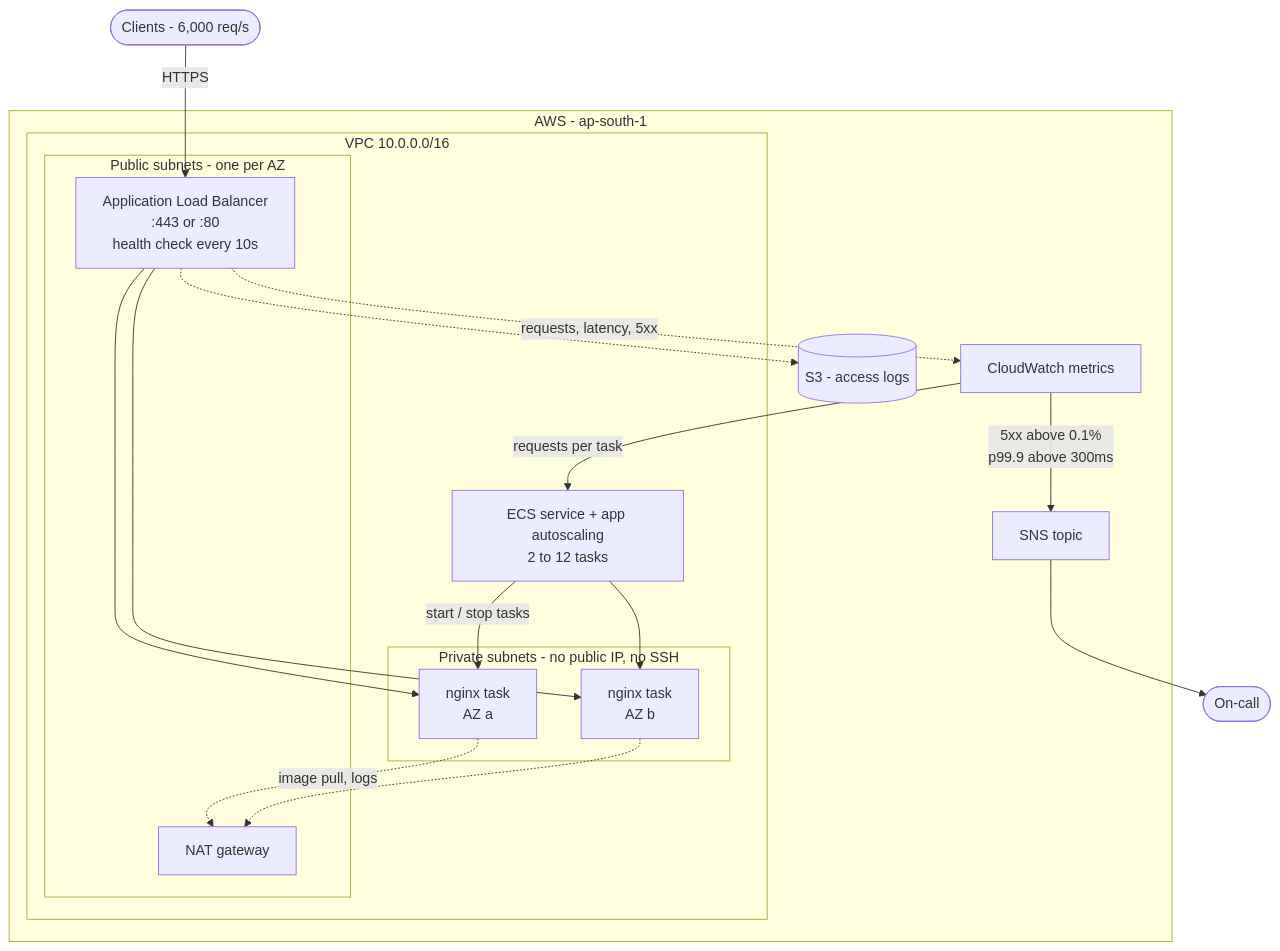
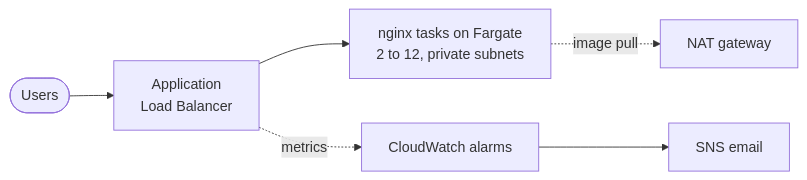
The diagram in README.md (tg-arun/classroom-attendance-infra), drawn with Mermaid before and after one commit. The commit also changed other lines of this file and 49 other files, not shown here.

````diff
--- a/README.md
+++ b/README.md
@@ -13,35 +11,7 @@
 ```mermaid
-flowchart TB
-    client(["Clients - 6,000 req/s"])
-    oncall(["On-call"])
-
-    subgraph aws["AWS - ap-south-1"]
-        subgraph vpc["VPC 10.0.0.0/16"]
-            subgraph public["Public subnets - one per AZ"]
-                alb["Application Load Balancer<br/>:443 or :80<br/>health check every 10s"]
-                nat["NAT gateway"]
-            end
-            subgraph private["Private subnets - no public IP, no SSH"]
-                web1["nginx task<br/>AZ a"]
-                web2["nginx task<br/>AZ b"]
-            end
-            asg["ECS service + app autoscaling<br/>2 to 12 tasks"]
-        end
-        cw["CloudWatch metrics"]
-        sns["SNS topic"]
-        logs[("S3 - access logs")]
-    end
-
-    client -->|"HTTPS"| alb
-    alb --> web1
-    alb --> web2
-    web1 -.->|"image pull, logs"| nat
-    web2 -.-> nat
-    alb -.-> logs
-    alb -.->|"requests, latency, 5xx"| cw
-    cw -->|"requests per task"| asg
-    asg -->|"start / stop tasks"| web1
-    asg --> web2
-    cw -->|"5xx above 0.1%<br/>p99.9 above 300ms"| sns
-    sns --> oncall
+flowchart LR
+    users(["Users"]) --> alb["Application<br/>Load Balancer"]
+    alb --> tasks["nginx tasks on Fargate<br/>2 to 12, private subnets"]
+    tasks -.->|"image pull"| nat["NAT gateway"]
+    alb -.->|"metrics"| cw["CloudWatch alarms"] --> sns["SNS email"]
 ```
````
